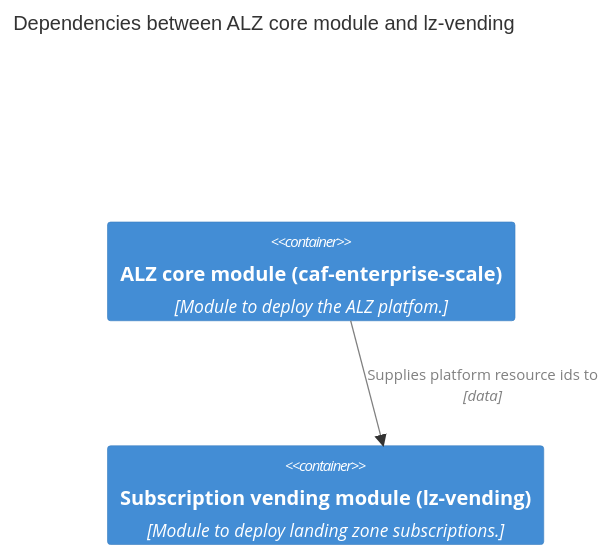
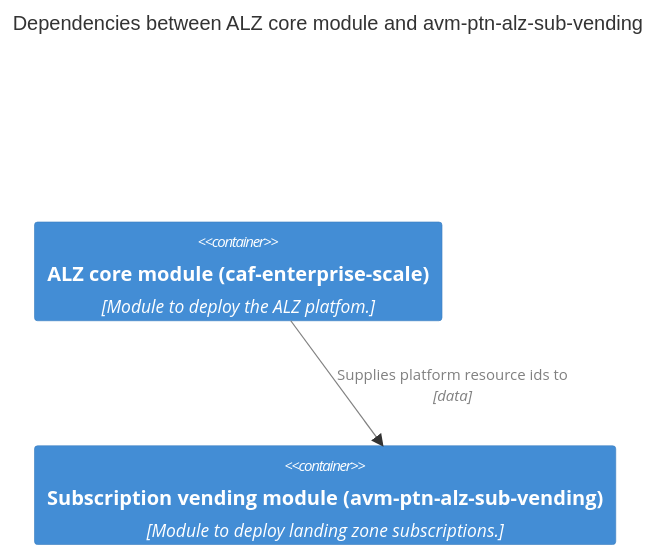
The diagram in docs/content/terraform/subscription-vending/Example-4-Integration-with-ALZ-module.md (Azure/Azure-Landing-Zones), drawn with Mermaid before and after one commit. The commit also changed other lines of this file and 14 other files, not shown here.

````diff
--- a/docs/content/terraform/subscription-vending/Example-4-Integration-with-ALZ-module.md
+++ b/docs/content/terraform/subscription-vending/Example-4-Integration-with-ALZ-module.md
@@ -18,11 +22,11 @@
 ```mermaid
 C4Component
-  title Dependencies between ALZ core module and lz-vending
+  title Dependencies between ALZ core module and avm-ptn-alz-sub-vending
   Container(SystemAlz, "ALZ core module (caf-enterprise-scale)", "Module to deploy the ALZ platfom.")
-  Container(SystemLzVending, "Subscription vending module (lz-vending)", "Module to deploy landing zone subscriptions.")
+  Container(SystemLzVending, "Subscription vending module (avm-ptn-alz-sub-vending)", "Module to deploy landing zone subscriptions.")
 
   Rel(SystemAlz, SystemLzVending, "Supplies platform resource ids to", "data")
 
   UpdateLayoutConfig($c4ShapeInRow="1", $c4BoundaryInRow="1")
   UpdateRelStyle(SystemAlz, SystemLzVending, $textColor="gray", $lineColor="gray", $offsetY="-10")
 ```
````
